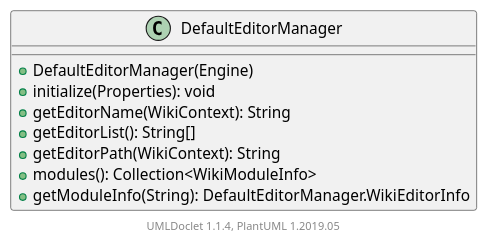
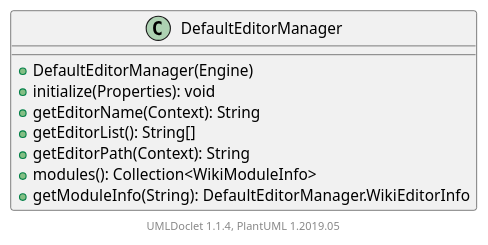
Before and after one commit to apache/jspwiki-site: the diagram in apidocs/2.11.0.M7-SNAPSHOT/org/apache/wiki/ui/DefaultEditorManager.puml, drawn with PlantUML. The commit also changed 1821 other files, not shown here.

```diff
--- a/apidocs/2.11.0.M7-SNAPSHOT/org/apache/wiki/ui/DefaultEditorManager.puml
+++ b/apidocs/2.11.0.M7-SNAPSHOT/org/apache/wiki/ui/DefaultEditorManager.puml
@@ -1,15 +1,15 @@
 @startuml
 
     class DefaultEditorManager [[DefaultEditorManager.html]] {
         +DefaultEditorManager(Engine)
         +initialize(Properties): void
-        +getEditorName(WikiContext): String
+        +getEditorName(Context): String
         +getEditorList(): String[]
-        +getEditorPath(WikiContext): String
+        +getEditorPath(Context): String
         +modules(): Collection<WikiModuleInfo>
         +getModuleInfo(String): DefaultEditorManager.WikiEditorInfo
     }
 
 
     center footer UMLDoclet 1.1.4, PlantUML 1.2019.05
 @enduml
```
